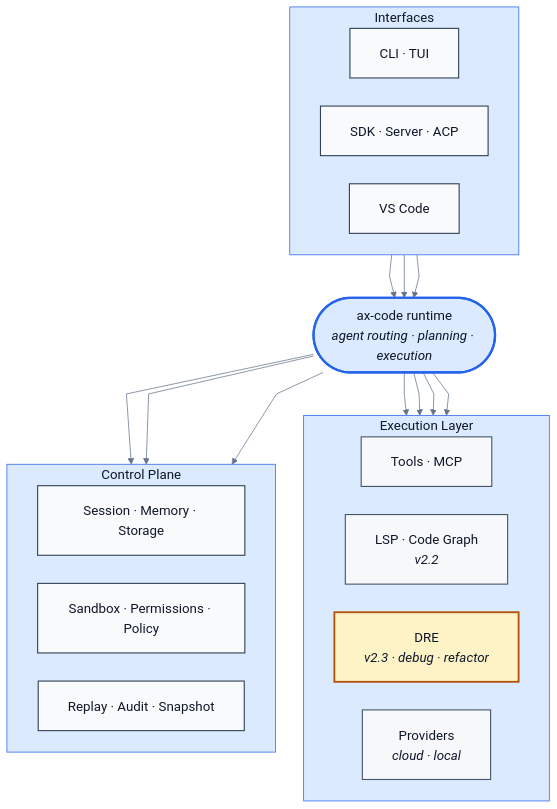
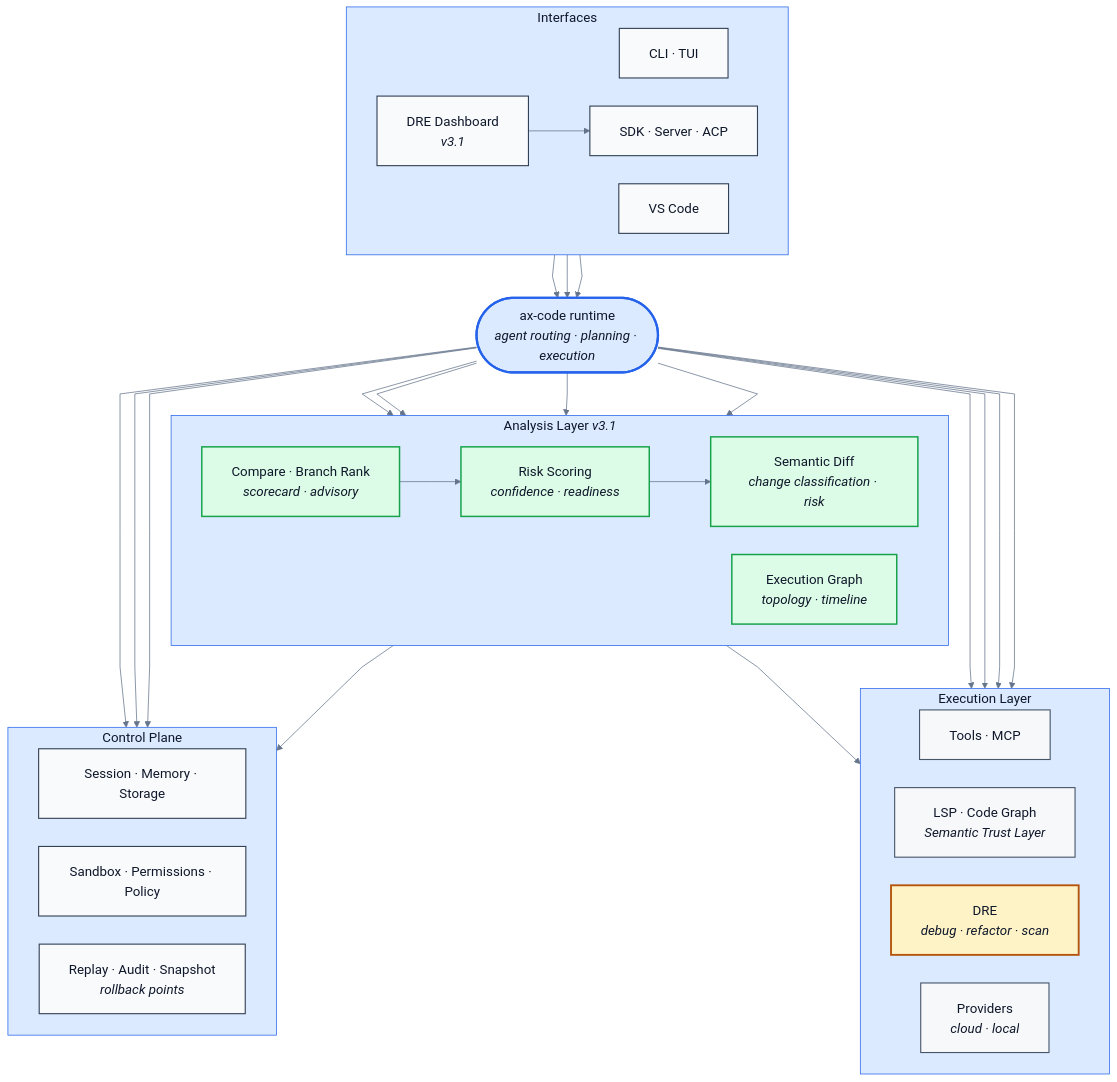
One commit to defai-digital/ax-code changed the diagram in docs/ax-code-runtime.mmd. Above: the diagram before and after it, drawn with Mermaid. The commit also changed 2 other files, not shown here.

Commit message:
docs: update runtime architecture diagram for v3.1.0
Add the new Analysis Layer (v3.1) to the runtime architecture diagram:
- Semantic Diff (change classification + risk)
- Risk Scoring (confidence + readiness)
- Compare / Branch Rank (scorecard + advisory)
- Execution Graph (topology + timeline)

Also adds DRE Dashboard as a new interface surface, updates LSP label
to "Semantic Trust Layer", and adds "rollback points" to the control
plane. README text updated to describe v3.1 session analysis features.

Regenerated PNG from updated mermaid source.

```diff
--- a/docs/ax-code-runtime.mmd
+++ b/docs/ax-code-runtime.mmd
@@ -1,73 +1,95 @@
 %%{init: {
   "theme": "base",
   "themeVariables": {
     "background": "#ffffff",
     "primaryColor": "#f8fafc",
     "primaryTextColor": "#0f172a",
     "primaryBorderColor": "#0f172a",
     "lineColor": "#64748b",
     "secondaryColor": "#e2e8f0",
     "secondaryTextColor": "#0f172a",
     "secondaryBorderColor": "#334155",
     "tertiaryColor": "#dbeafe",
     "tertiaryTextColor": "#0f172a",
     "tertiaryBorderColor": "#2563eb",
     "fontFamily": "ui-sans-serif, -apple-system, BlinkMacSystemFont, Segoe UI, Helvetica, Arial, sans-serif",
     "fontSize": "18px"
   },
   "flowchart": {
     "curve": "linear",
     "htmlLabels": true,
     "nodeSpacing": 38,
     "rankSpacing": 58,
     "padding": 20
   }
 }}%%
 
 flowchart TB
   subgraph A["Interfaces"]
     direction LR
     CLI["CLI · TUI"]
     SDK["SDK · Server · ACP"]
     VSC["VS Code"]
+    DASH["DRE Dashboard<br/><i>v3.1</i>"]
   end
 
   R(["ax-code runtime<br/><i>agent routing · planning · execution</i>"])
 
   subgraph X["Execution Layer"]
     direction LR
     TL["Tools · MCP"]
-    LS["LSP · Code Graph<br/><i>v2.2</i>"]
-    DRE["DRE<br/><i>v2.3 · debug · refactor</i>"]
+    LS["LSP · Code Graph<br/><i>Semantic Trust Layer</i>"]
+    DRE["DRE<br/><i>debug · refactor · scan</i>"]
     PV["Providers<br/><i>cloud · local</i>"]
+  end
+
+  subgraph V["Analysis Layer <i>v3.1</i>"]
+    direction LR
+    SEM["Semantic Diff<br/><i>change classification · risk</i>"]
+    RISK["Risk Scoring<br/><i>confidence · readiness</i>"]
+    CMP["Compare · Branch Rank<br/><i>scorecard · advisory</i>"]
+    EG["Execution Graph<br/><i>topology · timeline</i>"]
   end
 
   subgraph C["Control Plane"]
     direction LR
     ST["Session · Memory · Storage"]
     SG["Sandbox · Permissions · Policy"]
-    OB["Replay · Audit · Snapshot"]
+    OB["Replay · Audit · Snapshot<br/><i>rollback points</i>"]
   end
 
   CLI --> R
   SDK --> R
   VSC --> R
+  DASH --> SDK
 
   R --> TL
   R --> LS
   R --> DRE
   R --> PV
+
+  R --> SEM
+  R --> RISK
+  R --> CMP
+  R --> EG
+
+  SEM --> LS
+  RISK --> SEM
+  CMP --> RISK
+  EG --> OB
 
   R --> ST
   R --> SG
   R --> OB
 
   classDef runtime fill:#dbeafe,stroke:#2563eb,stroke-width:3px,color:#0f172a
   classDef surface fill:#f8fafc,stroke:#334155,stroke-width:1.5px,color:#0f172a
   classDef exec fill:#f6f8fa,stroke:#475569,stroke-width:1.5px,color:#0f172a
   classDef power fill:#fef3c7,stroke:#b45309,stroke-width:2.5px,color:#0f172a
+  classDef analysis fill:#dcfce7,stroke:#16a34a,stroke-width:2px,color:#0f172a
 
   class R runtime
-  class CLI,SDK,VSC,ST,SG,OB surface
+  class CLI,SDK,VSC,DASH,ST,SG,OB surface
   class TL,LS,PV exec
   class DRE power
+  class SEM,RISK,CMP,EG analysis
```
